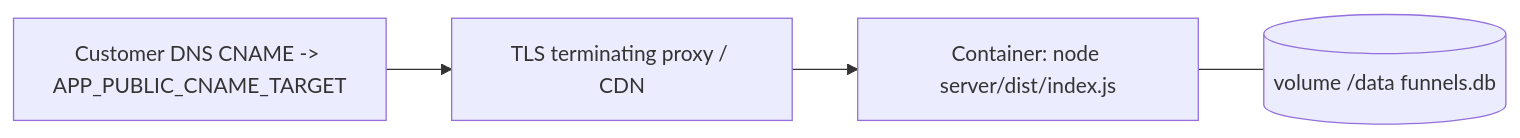
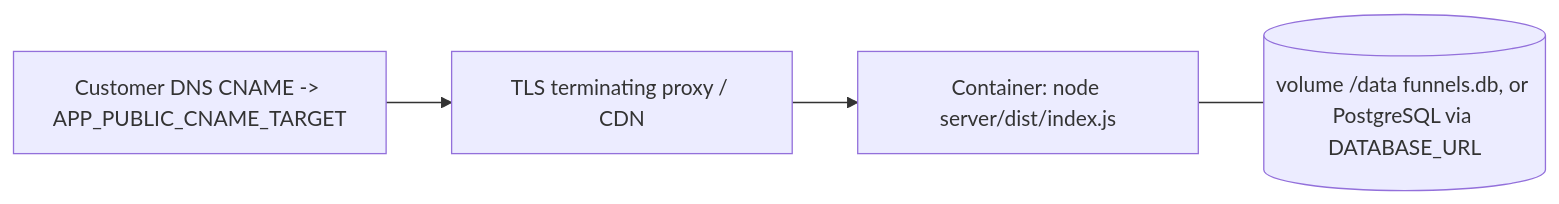
The ninth of 10 diagrams in docs/ARCHITECTURE.md (VaibhavBansal26/funnels), drawn with Mermaid before and after one commit. The commit also changed other lines of this file and 98 other files, not shown here.

````diff
--- a/docs/ARCHITECTURE.md
+++ b/docs/ARCHITECTURE.md
@@ -146,6 +173,6 @@
 ```mermaid
 flowchart LR
   DNS[Customer DNS CNAME -> APP_PUBLIC_CNAME_TARGET] --> LB[TLS terminating proxy / CDN]
   LB --> C[Container: node server/dist/index.js]
-  C --- V[(volume /data funnels.db)]
+  C --- V[(volume /data funnels.db, or PostgreSQL via DATABASE_URL)]
 ```
````
